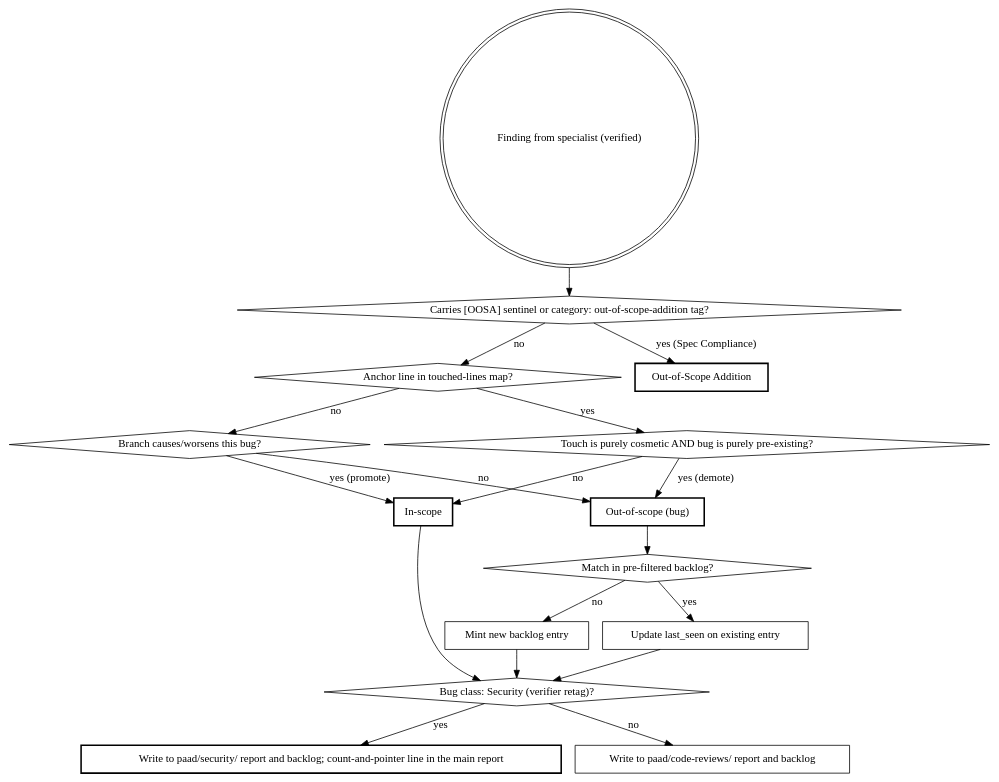
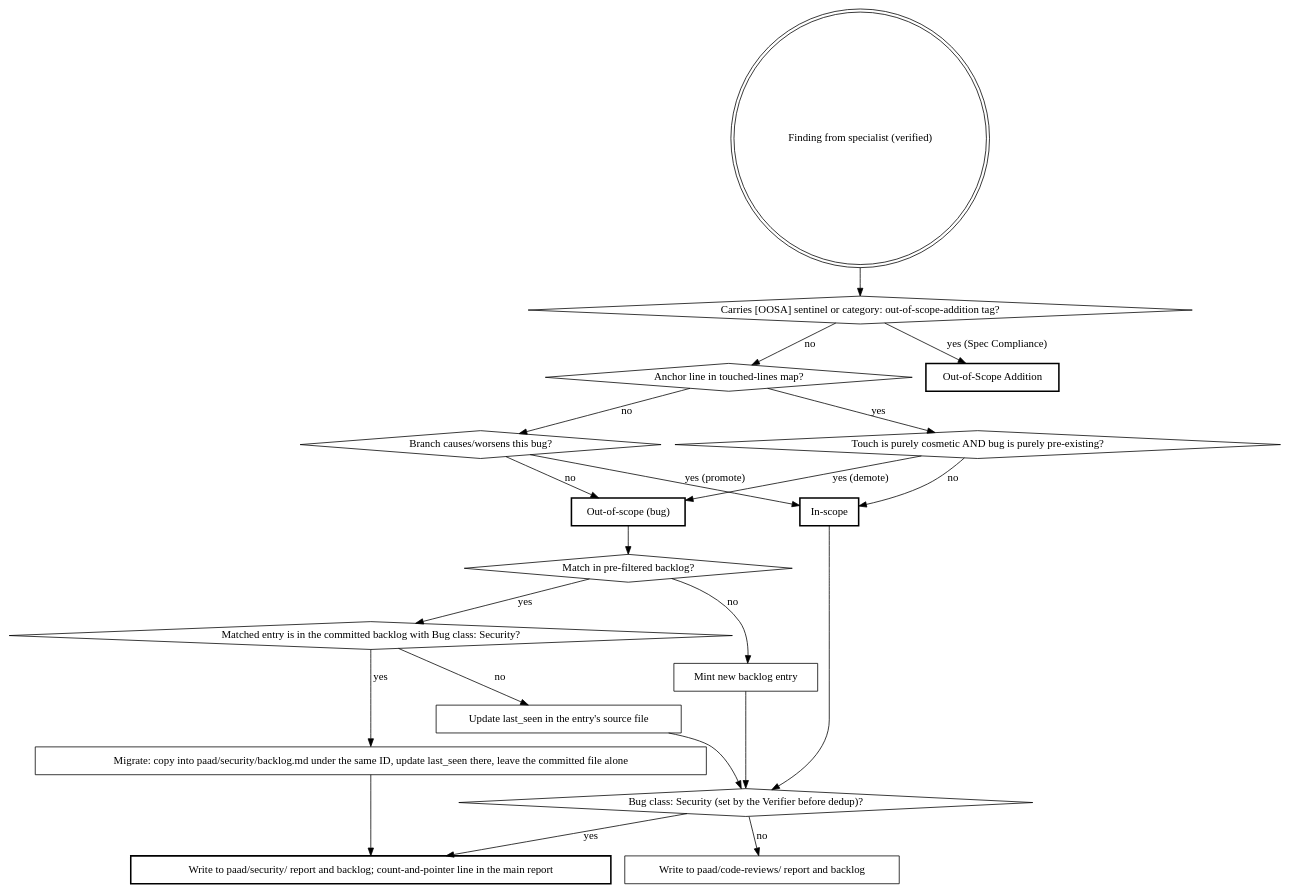
The first of 2 diagrams in preview/paad/skills/agentic-review/SKILL.md (Ovid/paad), drawn with Graphviz before and after one commit. The commit also changed other lines of this file and 2 other files, not shown here.

Commit message:
agentic-review: close the migrate path — dedup IDs across both backlogs, tolerate the retag in the match key, show migrate in the digraph
Claude-Session: https://claude.ai/code/session_01A487fo26UJL2VPNT6SLmux

````diff
--- a/preview/paad/skills/agentic-review/SKILL.md
+++ b/preview/paad/skills/agentic-review/SKILL.md
@@ -22,37 +22,42 @@
 ```dot
 digraph classification {
   "Finding from specialist (verified)" [shape=doublecircle];
   "Carries [OOSA] sentinel or category: out-of-scope-addition tag?" [shape=diamond];
   "Anchor line in touched-lines map?" [shape=diamond];
   "Branch causes/worsens this bug?" [shape=diamond];
   "Touch is purely cosmetic AND bug is purely pre-existing?" [shape=diamond];
   "Match in pre-filtered backlog?" [shape=diamond];
+  "Matched entry is in the committed backlog with Bug class: Security?" [shape=diamond];
 
   "In-scope" [shape=box, style=bold];
   "Out-of-scope (bug)" [shape=box, style=bold];
   "Out-of-Scope Addition" [shape=box, style=bold];
-  "Update last_seen on existing entry" [shape=box];
+  "Update last_seen in the entry's source file" [shape=box];
   "Mint new backlog entry" [shape=box];
-  "Bug class: Security (verifier retag)?" [shape=diamond];
+  "Migrate: copy into paad/security/backlog.md under the same ID, update last_seen there, leave the committed file alone" [shape=box];
+  "Bug class: Security (set by the Verifier before dedup)?" [shape=diamond];
   "Write to paad/security/ report and backlog; count-and-pointer line in the main report" [shape=box, style=bold];
   "Write to paad/code-reviews/ report and backlog" [shape=box];
 
   "Finding from specialist (verified)" -> "Carries [OOSA] sentinel or category: out-of-scope-addition tag?";
   "Carries [OOSA] sentinel or category: out-of-scope-addition tag?" -> "Out-of-Scope Addition" [label="yes (Spec Compliance)"];
   "Carries [OOSA] sentinel or category: out-of-scope-addition tag?" -> "Anchor line in touched-lines map?" [label="no"];
   "Anchor line in touched-lines map?" -> "Touch is purely cosmetic AND bug is purely pre-existing?" [label="yes"];
   "Anchor line in touched-lines map?" -> "Branch causes/worsens this bug?" [label="no"];
   "Touch is purely cosmetic AND bug is purely pre-existing?" -> "Out-of-scope (bug)" [label="yes (demote)"];
   "Touch is purely cosmetic AND bug is purely pre-existing?" -> "In-scope" [label="no"];
   "Branch causes/worsens this bug?" -> "In-scope" [label="yes (promote)"];
   "Branch causes/worsens this bug?" -> "Out-of-scope (bug)" [label="no"];
   "Out-of-scope (bug)" -> "Match in pre-filtered backlog?";
-  "Match in pre-filtered backlog?" -> "Update last_seen on existing entry" [label="yes"];
+  "Match in pre-filtered backlog?" -> "Matched entry is in the committed backlog with Bug class: Security?" [label="yes"];
+  "Matched entry is in the committed backlog with Bug class: Security?" -> "Migrate: copy into paad/security/backlog.md under the same ID, update last_seen there, leave the committed file alone" [label="yes"];
+  "Matched entry is in the committed backlog with Bug class: Security?" -> "Update last_seen in the entry's source file" [label="no"];
+  "Migrate: copy into paad/security/backlog.md under the same ID, update last_seen there, leave the committed file alone" -> "Write to paad/security/ report and backlog; count-and-pointer line in the main report";
   "Match in pre-filtered backlog?" -> "Mint new backlog entry" [label="no"];
-  "In-scope" -> "Bug class: Security (verifier retag)?";
-  "Update last_seen on existing entry" -> "Bug class: Security (verifier retag)?";
-  "Mint new backlog entry" -> "Bug class: Security (verifier retag)?";
-  "Bug class: Security (verifier retag)?" -> "Write to paad/security/ report and backlog; count-and-pointer line in the main report" [label="yes"];
-  "Bug class: Security (verifier retag)?" -> "Write to paad/code-reviews/ report and backlog" [label="no"];
+  "In-scope" -> "Bug class: Security (set by the Verifier before dedup)?";
+  "Update last_seen in the entry's source file" -> "Bug class: Security (set by the Verifier before dedup)?";
+  "Mint new backlog entry" -> "Bug class: Security (set by the Verifier before dedup)?";
+  "Bug class: Security (set by the Verifier before dedup)?" -> "Write to paad/security/ report and backlog; count-and-pointer line in the main report" [label="yes"];
+  "Bug class: Security (set by the Verifier before dedup)?" -> "Write to paad/code-reviews/ report and backlog" [label="no"];
 }
 ```
````
